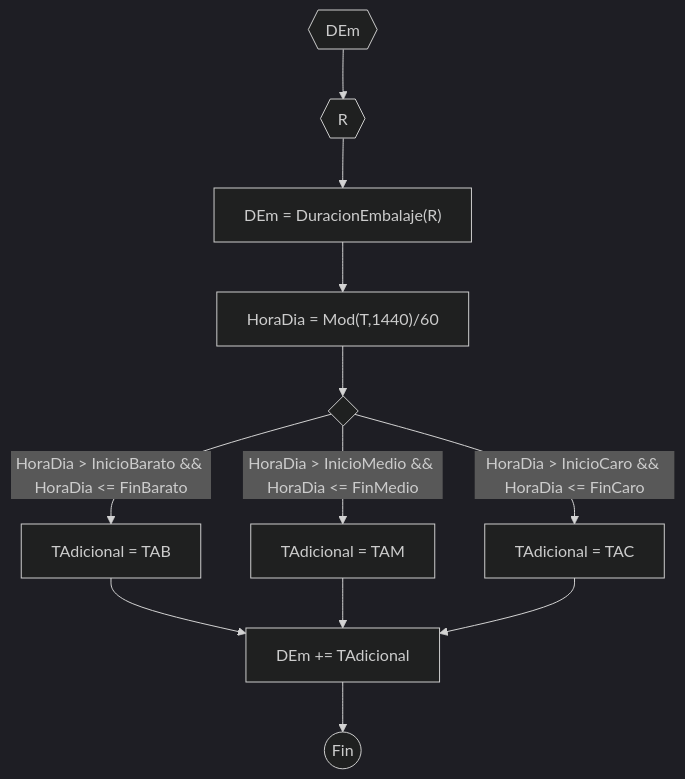
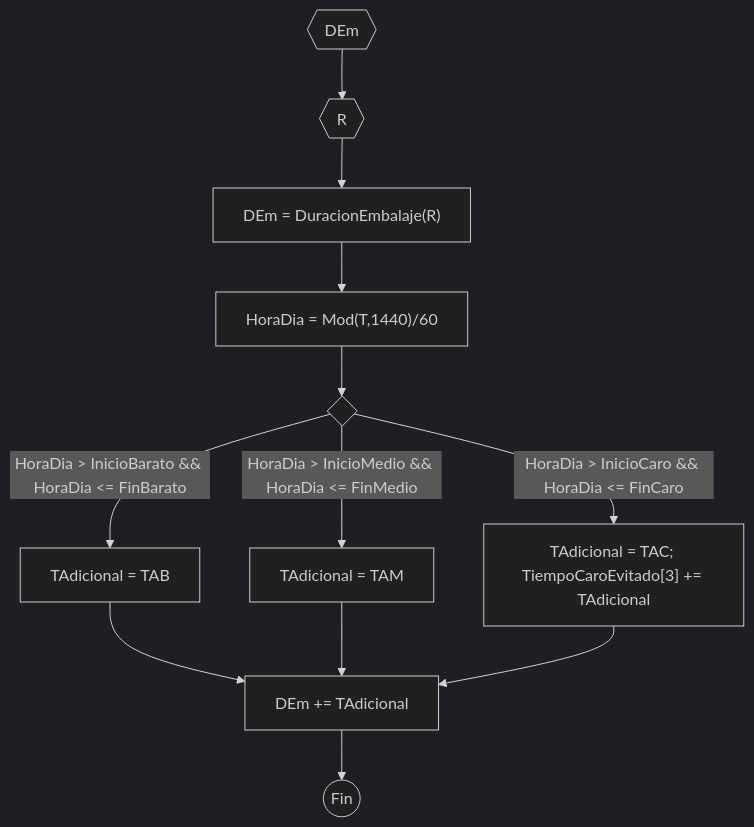
The diagram in docs/Diagramas/embalaje/DEm.mermaid (JuanManuelPrividera/TP-Simu), drawn with Mermaid (dark theme) before and after one commit. The commit also changed 12 other files, not shown here.

```diff
--- a/docs/Diagramas/embalaje/DEm.mermaid
+++ b/docs/Diagramas/embalaje/DEm.mermaid
@@ -1,12 +1,12 @@
 flowchart TD
     aa{{DEm}} --> a{{R}}
     a --> a1["DEm = DuracionEmbalaje(R)"]
     a1 --> a4["HoraDia = Mod(T,1440)/60"]
     a4 --> a2{" "}
     a2 --> |"HoraDia > InicioBarato && HoraDia <= FinBarato"| b[TAdicional = TAB]
     a2 --> |"HoraDia > InicioMedio && HoraDia <= FinMedio"| b1[TAdicional = TAM]
-    a2 --> |"HoraDia > InicioCaro && HoraDia <= FinCaro"| b2[TAdicional = TAC]
+    a2 --> |"HoraDia > InicioCaro && HoraDia <= FinCaro"| b2["TAdicional = TAC; TiempoCaroEvitado[3] += TAdicional"]
     b --> c
     b1 --> c
     b2 --> c[DEm += TAdicional]
     c --> d((Fin))
```
